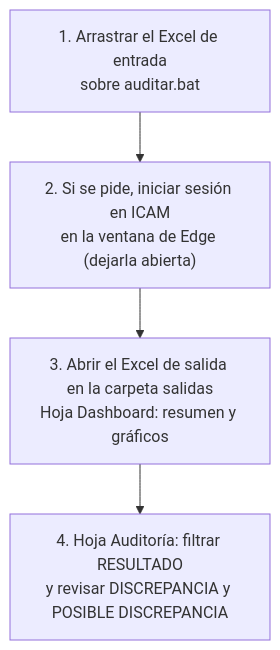
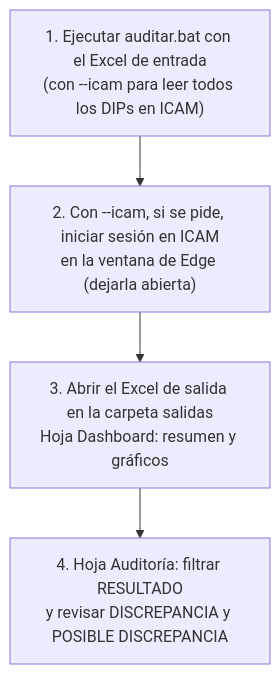
The second of 8 diagrams in docs/proceso.md (lviloriabas/dips), drawn with Mermaid before and after one commit. The commit also changed other lines of this file and 12 other files, not shown here.

First line of the commit message:
ICAM opcional con --icam y error de inicio de sesión al instante

````diff
--- a/docs/proceso.md
+++ b/docs/proceso.md
@@ -26,7 +26,7 @@
 ```mermaid
 flowchart TD
-    A["1. Arrastrar el Excel de entrada<br/>sobre auditar.bat"] --> B
-    B["2. Si se pide, iniciar sesión en ICAM<br/>en la ventana de Edge (dejarla abierta)"] --> C
+    A["1. Ejecutar auditar.bat con el Excel de entrada<br/>(con --icam para leer todos los DIPs en ICAM)"] --> B
+    B["2. Con --icam, si se pide, iniciar sesión en ICAM<br/>en la ventana de Edge (dejarla abierta)"] --> C
     C["3. Abrir el Excel de salida en la carpeta salidas<br/>Hoja Dashboard: resumen y gráficos"] --> D
     D["4. Hoja Auditoría: filtrar RESULTADO<br/>y revisar DISCREPANCIA y POSIBLE DISCREPANCIA"]
 ```
````
